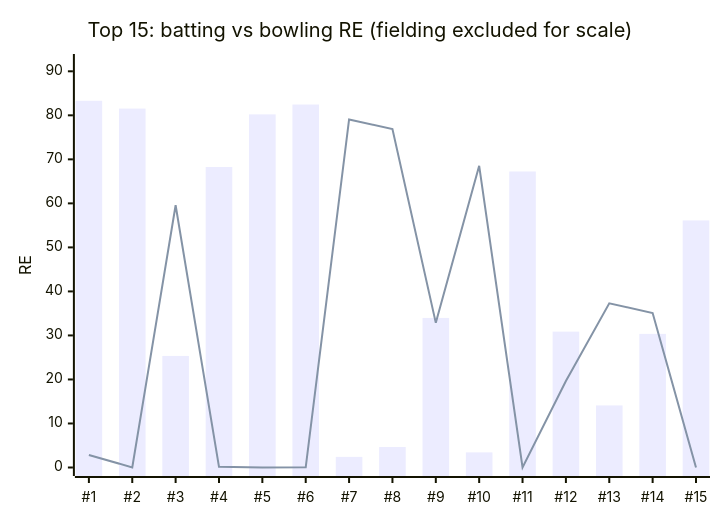
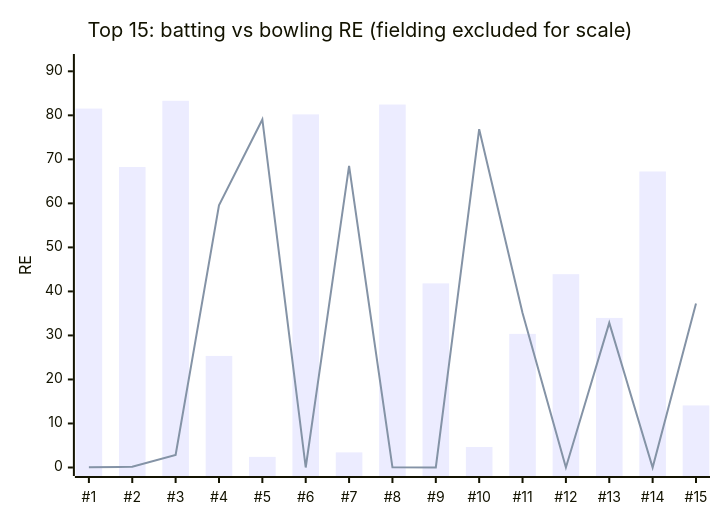
One commit to ayaan-rulhania/weighted-impact-metric-cricket changed the third of 5 diagrams in test.md. Above: the diagram before and after it, drawn with Mermaid. The commit also changed other lines of this file and 3 other files, not shown here.

````diff
--- a/test.md
+++ b/test.md
@@ -66,8 +66,8 @@
 ```mermaid
 xychart-beta
     title "Top 15: batting vs bowling RE (fielding excluded for scale)"
     x-axis ["#1", "#2", "#3", "#4", "#5", "#6", "#7", "#8", "#9", "#10", "#11", "#12", "#13", "#14", "#15"]
     y-axis "RE" 0 --> 92
-    bar [83.30, 81.53, 25.34, 68.25, 80.22, 82.45, 2.41, 4.65, 33.98, 3.43, 67.24, 30.87, 14.10, 30.35, 56.12]
-    line [2.84, 0.03, 59.58, 0.16, 0.00, 0.03, 79.06, 76.86, 32.86, 68.53, 0.00, 19.64, 37.28, 35.10, 0.00]
+    bar [81.53, 68.25, 83.30, 25.34, 2.41, 80.22, 3.43, 82.45, 41.82, 4.65, 30.35, 43.91, 33.98, 67.24, 14.10]
+    line [0.03, 0.16, 2.84, 59.58, 79.06, 0.00, 68.53, 0.03, 0.00, 76.86, 35.10, 0.00, 32.86, 0.00, 37.28]
 ```
````
